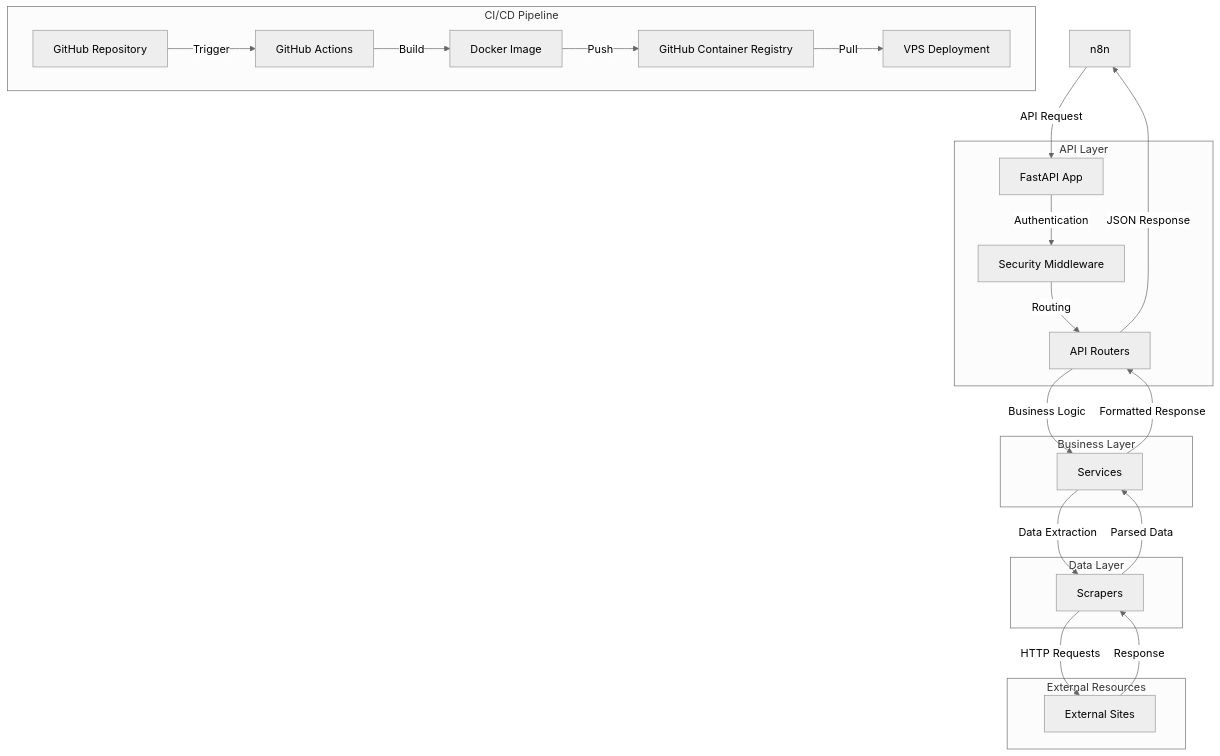
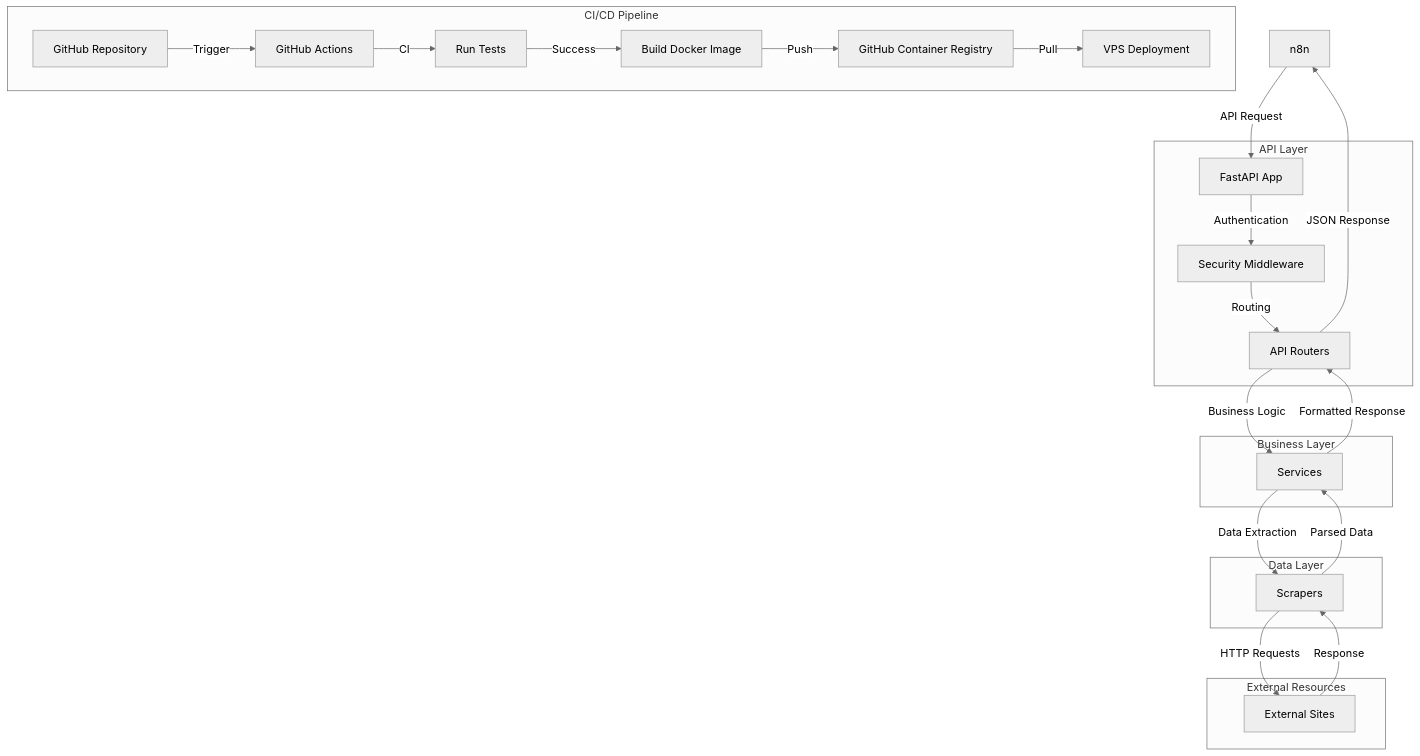
One commit to thibaud57/techno-scraper changed the first of 3 diagrams in architecture.md. Above: the diagram before and after it, drawn with Mermaid (neutral theme). The commit also changed other lines of this file and 2 other files, not shown here.

````diff
--- a/architecture.md
+++ b/architecture.md
@@ -76,38 +94,39 @@
 ```mermaid
 graph TD
     Client[n8n] -->|API Request| API[FastAPI App]
     API -->|Authentication| Security[Security Middleware]
     Security -->|Routing| Routers[API Routers]
     Routers -->|Business Logic| Services[Services]
     Services -->|Data Extraction| Scrapers[Scrapers]
     Scrapers -->|HTTP Requests| ExternalSites[External Sites]
     ExternalSites -->|Response| Scrapers
     Scrapers -->|Parsed Data| Services
     Services -->|Formatted Response| Routers
     Routers -->|JSON Response| Client
 
     subgraph "API Layer"
         API
         Security
         Routers
     end
 
     subgraph "Business Layer"
         Services
     end
 
     subgraph "Data Layer"
         Scrapers
     end
 
     subgraph "External Resources"
         ExternalSites
     end
 
     subgraph "CI/CD Pipeline"
         GitHub[GitHub Repository] -->|Trigger| Actions[GitHub Actions]
-        Actions -->|Build| DockerImage[Docker Image]
-        DockerImage -->|Push| Registry[GitHub Container Registry]
+        Actions -->|CI| Tests[Run Tests]
+        Tests -->|Success| Build[Build Docker Image]
+        Build -->|Push| Registry[GitHub Container Registry]
         Registry -->|Pull| VPS[VPS Deployment]
     end
 ```
````
